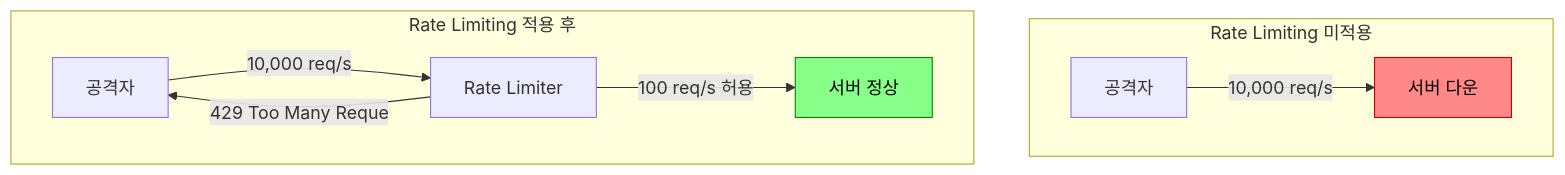
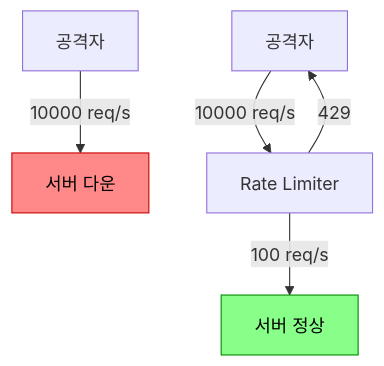
Before and after one commit to yjkim2015/yjkim2015.github.io: the first of 13 diagrams in _posts/spring/2026-05-01-rate-limiting.md, drawn with Mermaid. The commit also changed other lines of this file and 155 other files, not shown here.

First line of the commit message:
Mermaid 전면 수정: subgraph 제거, participant/노드/줄수 축소 (342블록)

````diff
--- a/_posts/spring/2026-05-01-rate-limiting.md
+++ b/_posts/spring/2026-05-01-rate-limiting.md
@@ -23,13 +23,9 @@
 ```mermaid
 graph TD
-    subgraph BEFORE["Rate Limiting 미적용"]
-        A1["공격자"] -->|"10,000 req/s"| S1["서버 다운"]
-    end
-    subgraph AFTER["Rate Limiting 적용 후"]
-        A2["공격자"] -->|"10,000 req/s"| RL["Rate Limiter"]
-        RL -->|"100 req/s 허용"| S2["서버 정상"]
-        RL -->|"429 Too Many Reque"| A2
-    end
+    A1["공격자"] -->|10000 req/s| S1["서버 다운"]
+    A2["공격자"] -->|10000 req/s| RL["Rate Limiter"]
+    RL -->|100 req/s| S2["서버 정상"]
+    RL -->|429| A2
     style S1 fill:#f88,stroke:#c00,color:#000
     style S2 fill:#8f8,stroke:#080,color:#000
 ```
````
